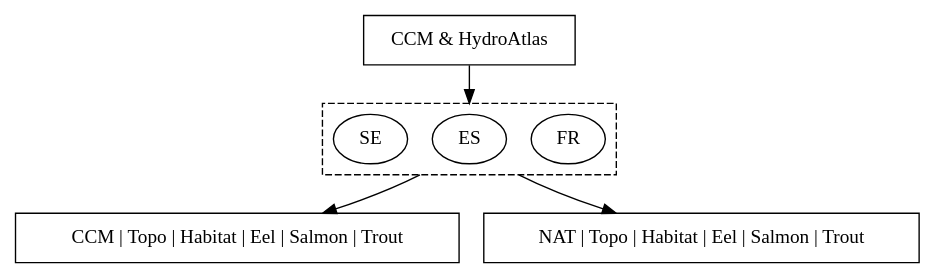
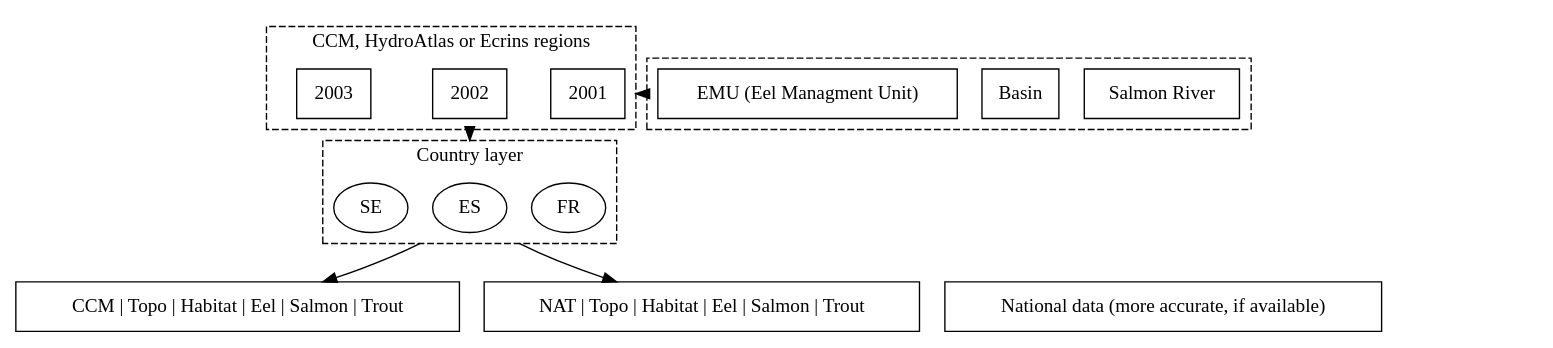
The first of 2 diagrams in R/diaspara_WP3_presentation.qmd (DIASPARAproject/WP3_migdb), drawn with Graphviz before and after one commit. The commit also changed other lines of this file, not shown here.

Commit message:
dev: creating a diagram for habitat db

````diff
--- a/R/diaspara_WP3_presentation.qmd
+++ b/R/diaspara_WP3_presentation.qmd
@@ -56,25 +55,61 @@
 ```{dot}
 digraph {
-    rankdir=TB; // Top-to-bottom orientation
+    //rankdir=TB; // Top-to-bottom orientation
     compound=true;
-    A [label="CCM & HydroAtlas", shape=box];
-    B [label="FR", shape=ellipse];
-    C [label="ES", shape=ellipse];
-    D [label="SE", shape=ellipse];
-    E [label="CCM | Topo | Habitat | Eel | Salmon | Trout", shape=box];
-    F [label="NAT | Topo | Habitat | Eel | Salmon | Trout", shape=box];
+    newrank=true;
+    A [label="2001", shape=box];
+    B [label="2002", shape=box];
+    C [label="2003", shape=box];
+    D [label="FR", shape=ellipse];
+    E [label="ES", shape=ellipse];
+    F [label="SE", shape=ellipse];
+    G [label="CCM | Topo | Habitat | Eel | Salmon | Trout", shape=box];
+    H [label="NAT | Topo | Habitat | Eel | Salmon | Trout", shape=box];
 
     subgraph clusterA {
+      label = "CCM, HydroAtlas or Ecrins regions";
+      style=dashed;
+      color=black;
+      A;
+      B;
+      C;
+    }
+
+    subgraph clusterB {
+      label = "Country layer";
+      style=dashed;
+      color=black;
+      D;
+      E;
+      F;
+    }
+
+    
+    B -> E [ltail=clusterA,lhead=clusterB];
+    E -> G,H [ltail=clusterB];
+
+    I [label="Salmon River", shape=box];
+    J [label="Basin", shape=box];
+    K [label="EMU (Eel Managment Unit)", shape=box];
+    L [label="National data (more accurate, if available)", shape=box];
+    M [label="",shape=none]
+    N [label="",shape=none]
+    O [label="",shape=none]
+
+    {rank=same;D;E;F;}
+    {rank=same;A;B;C;I;J;K}
+    {rank=same;G;H;L;} 
+
+    subgraph clusterC {
       label = "";
       style=dashed;
       color=black;
-      B;
-      C;
-      D;
+      I;
+      J;
+      K;
     }
-    {rank=same; E; F;}
-    
-    A -> C [lhead=clusterA];
-    C -> E,F [ltail=clusterA];
+
+    K -> A [ltail=clusterC,lhead=clusterA];
+    //L -> H [style=invis]
 }
 ```
````
